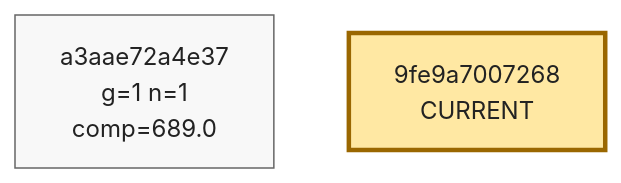
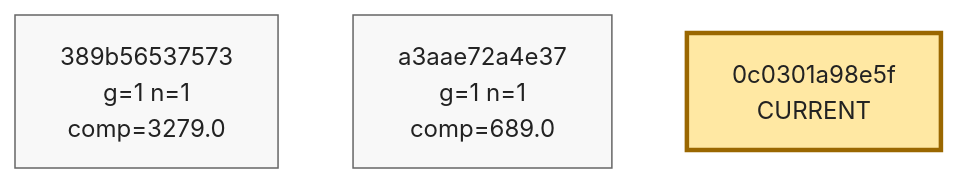
Before and after one commit to azumag/soviet_now: the tenth of 10 diagrams in phyrogenetic-tree.md, drawn with Mermaid. The commit also changed other lines of this file and 2 other files, not shown here.

````diff
--- a/phyrogenetic-tree.md
+++ b/phyrogenetic-tree.md
@@ -2537,14 +2539,16 @@
 ```mermaid
 flowchart TD
+    h_389b56537573["389b56537573<br/>g=1 n=1<br/>comp=3279.0"]
     h_a3aae72a4e37["a3aae72a4e37<br/>g=1 n=1<br/>comp=689.0"]
-    h_9fe9a7007268["9fe9a7007268<br/>CURRENT"]
+    h_0c0301a98e5f["0c0301a98e5f<br/>CURRENT"]
 
 
     classDef plain fill:#f8f8f8,stroke:#666,stroke-width:1px,color:#222;
     classDef current fill:#ffe8a3,stroke:#9a6700,stroke-width:3px,color:#222;
     classDef anchor fill:#d7f5dd,stroke:#1f6f43,stroke-width:3px,color:#222;
     classDef current_anchor fill:#f3e4a8,stroke:#1f6f43,stroke-width:4px,color:#222;
 
+    class h_389b56537573 plain;
     class h_a3aae72a4e37 plain;
-    class h_9fe9a7007268 current;
+    class h_0c0301a98e5f current;
 ```
````
